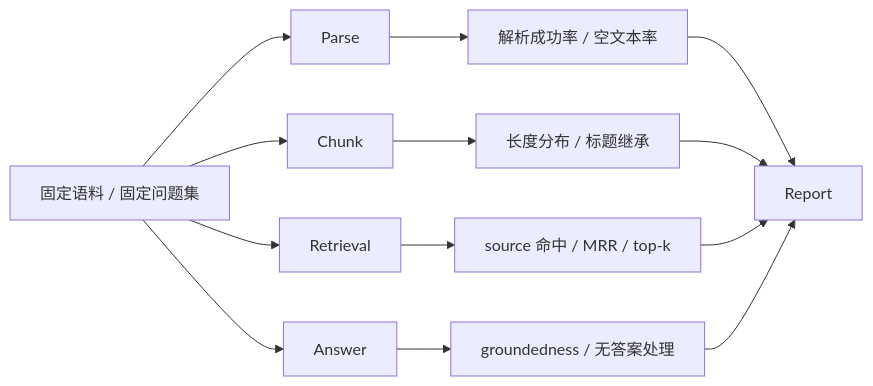
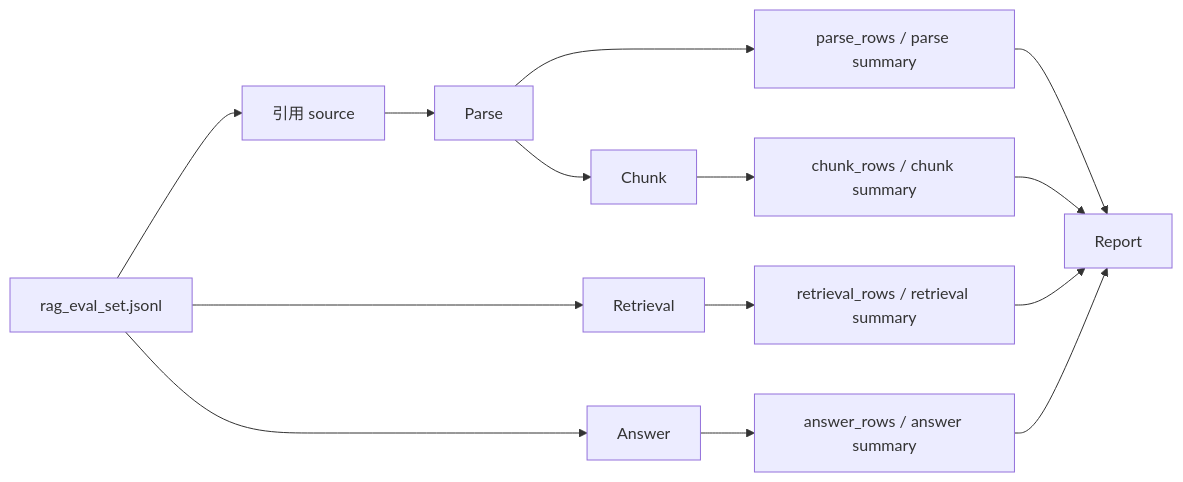
One commit to szlx23/fabagent-rag changed the tenth of 10 diagrams in README.md. Above: the diagram before and after it, drawn with Mermaid. The commit also changed other lines of this file, not shown here.

````diff
--- a/README.md
+++ b/README.md
@@ -457,15 +457,16 @@
 ```mermaid
 flowchart LR
-    A[固定语料 / 固定问题集] --> B[Parse]
-    A --> C[Chunk]
-    A --> D[Retrieval]
-    A --> E[Answer]
-    B --> F[解析成功率 / 空文本率]
-    C --> G[长度分布 / 标题继承]
-    D --> H[source 命中 / MRR / top-k]
-    E --> I[groundedness / 无答案处理]
-    F --> J[Report]
-    G --> J
-    H --> J
-    I --> J
+    A[rag_eval_set.jsonl] --> B[引用 source]
+    B --> C[Parse]
+    C --> D[Chunk]
+    A --> E[Retrieval]
+    A --> F[Answer]
+    C --> G[parse_rows / parse summary]
+    D --> H[chunk_rows / chunk summary]
+    E --> I[retrieval_rows / retrieval summary]
+    F --> J[answer_rows / answer summary]
+    G --> K[Report]
+    H --> K
+    I --> K
+    J --> K
 ```
````
